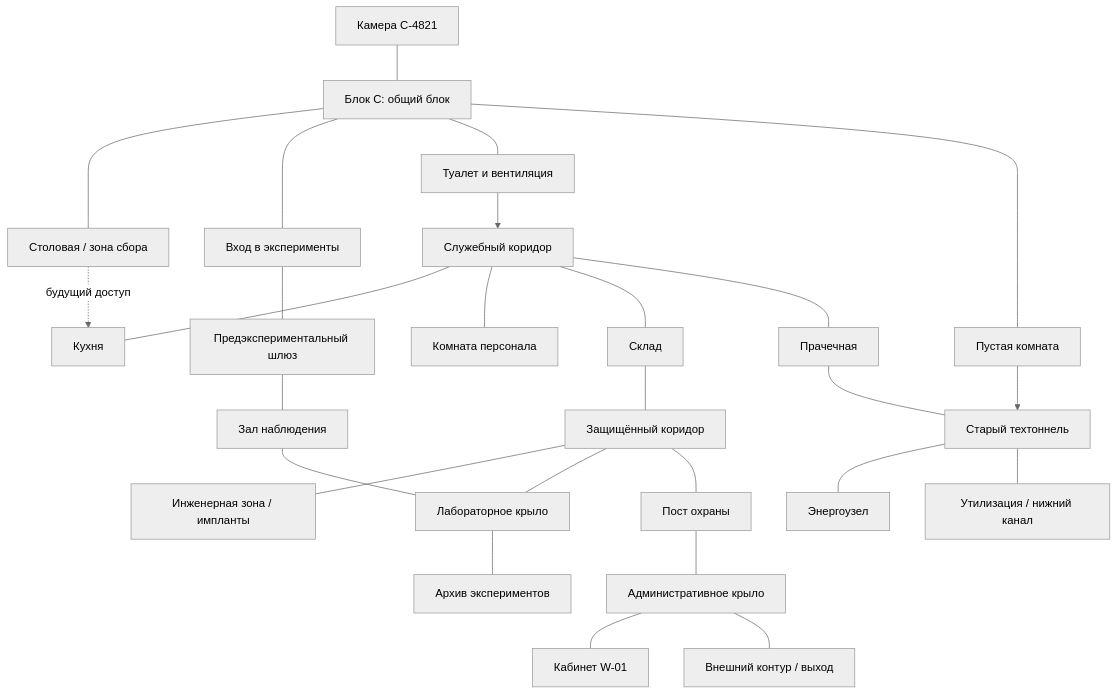
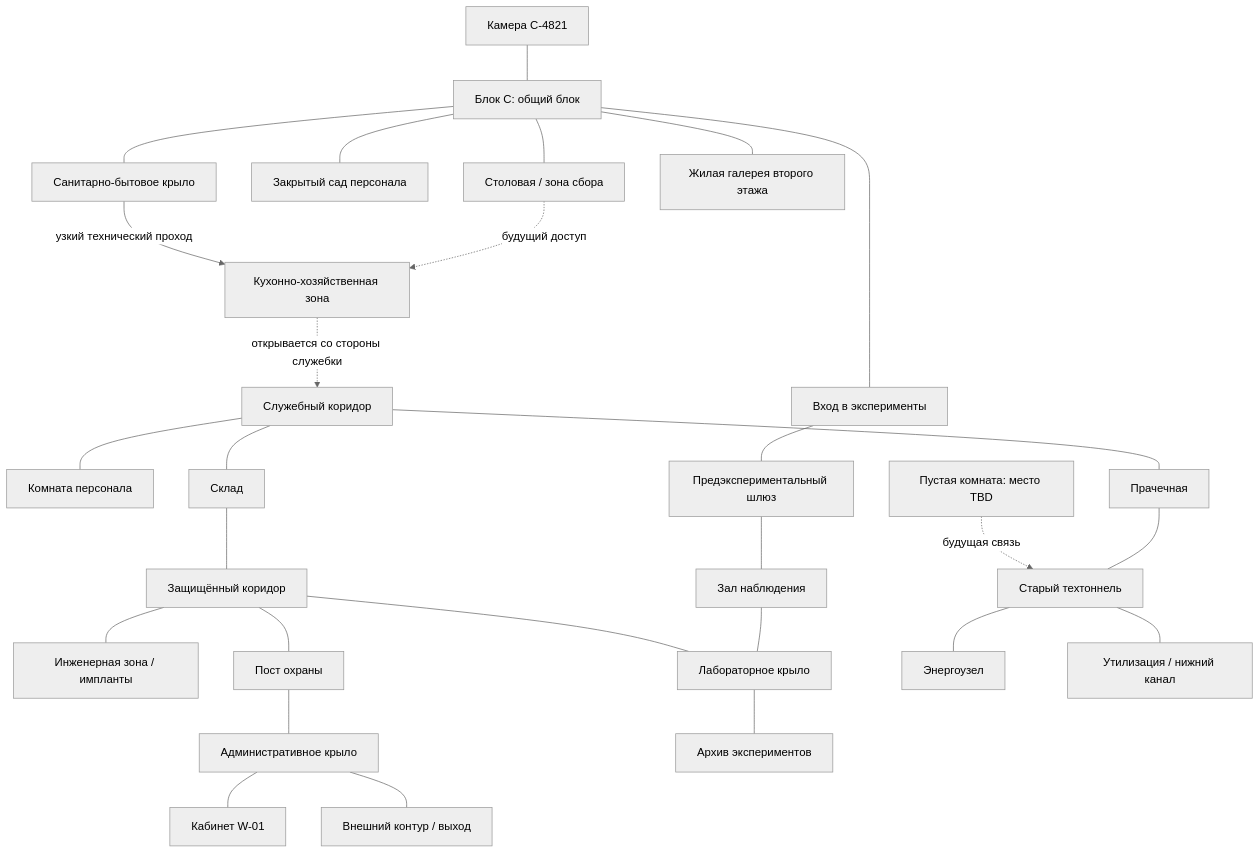
The first of 2 diagrams in Design/PRISON_WORLD_LEVEL_DESIGN.md (GrigoriyKarpuhin/mnk-first-game), drawn with Mermaid (neutral theme) before and after one commit. The commit also changed other lines of this file and 17 other files, not shown here.

````diff
--- a/Design/PRISON_WORLD_LEVEL_DESIGN.md
+++ b/Design/PRISON_WORLD_LEVEL_DESIGN.md
@@ -63,34 +63,35 @@
 ```mermaid
 flowchart TD
     CELL[Камера C-4821] --- C[Блок C: общий блок]
     C --- MESS[Столовая / зона сбора]
+    C --- GARDEN[Закрытый сад персонала]
     C --- EXP_GATE[Вход в эксперименты]
-    C --- TOILET[Туалет и вентиляция]
-    C --- EMPTY[Пустая комната]
+    C --- SAN[Санитарно-бытовое крыло]
+    C --- FLOOR2[Жилая галерея второго этажа]
 
-    TOILET --> SERVICE[Служебный коридор]
-    MESS -.будущий доступ.-> KITCHEN[Кухня]
-    SERVICE --- KITCHEN
+    SAN -->|узкий технический проход| KITCHEN[Кухонно-хозяйственная зона]
+    MESS -.будущий доступ.-> KITCHEN
+    KITCHEN -.открывается со стороны служебки.-> SERVICE[Служебный коридор]
     SERVICE --- STAFF[Комната персонала]
     SERVICE --- STORAGE[Склад]
     SERVICE --- LAUNDRY[Прачечная]
 
     STORAGE --- SECURE[Защищённый коридор]
     SECURE --- ENGINEERING[Инженерная зона / импланты]
     SECURE --- LAB[Лабораторное крыло]
     SECURE --- SECURITY[Пост охраны]
 
-    EMPTY --> MAINT[Старый техтоннель]
+    EMPTY[Пустая комната: место TBD] -.будущая связь.-> MAINT[Старый техтоннель]
     LAUNDRY --- MAINT
     MAINT --- POWER[Энергоузел]
     MAINT --- WASTE[Утилизация / нижний канал]
 
     EXP_GATE --- INTAKE[Предэкспериментальный шлюз]
     INTAKE --- OBS[Зал наблюдения]
     OBS --- LAB
 
     SECURITY --- ADMIN[Административное крыло]
     LAB --- ARCHIVE[Архив экспериментов]
     ADMIN --- WARDEN[Кабинет W-01]
     ADMIN --- EXIT[Внешний контур / выход]
 ```
````
